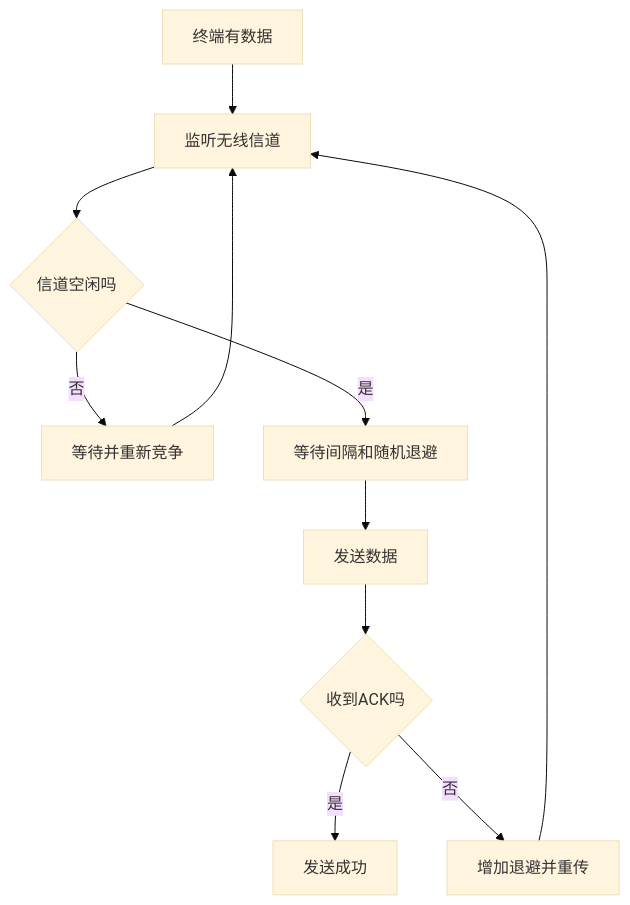
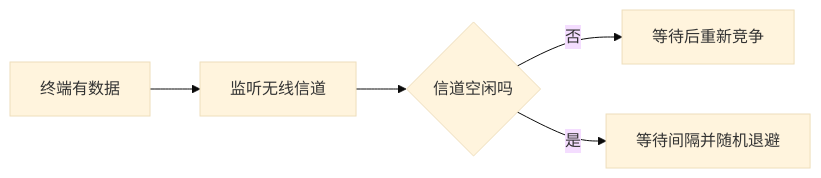
One commit to 74262195/system-architect-notes changed the first of 2 diagrams in 01_综合知识/01_计算机基础知识/03_计算机网络/无线局域网802.11.md. Above: the diagram before and after it, drawn with Mermaid (base theme). The commit also changed other lines of this file, not shown here.

Commit message:
docs: split WLAN contention flow

````diff
--- a/01_综合知识/01_计算机基础知识/03_计算机网络/无线局域网802.11.md
+++ b/01_综合知识/01_计算机基础知识/03_计算机网络/无线局域网802.11.md
@@ -46,13 +46,7 @@
 ```mermaid
-flowchart TD
+flowchart LR
   A[终端有数据] --> B[监听无线信道]
   B --> C{信道空闲吗}
-  C -- 否 --> D[等待并重新竞争]
-  D --> B
-  C -- 是 --> E[等待间隔和随机退避]
-  E --> F[发送数据]
-  F --> G{收到ACK吗}
-  G -- 是 --> H[发送成功]
-  G -- 否 --> I[增加退避并重传]
-  I --> B
+  C -- 否 --> D[等待后重新竞争]
+  C -- 是 --> E[等待间隔并随机退避]
 ```
````
